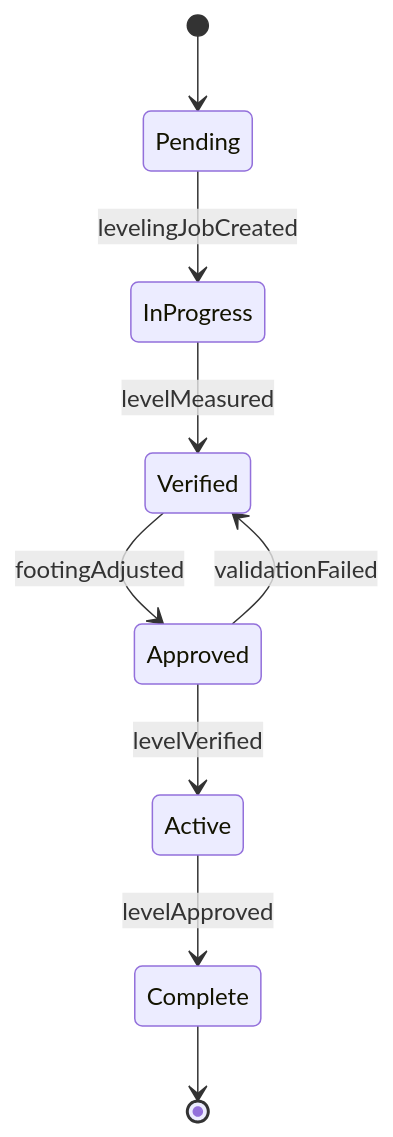
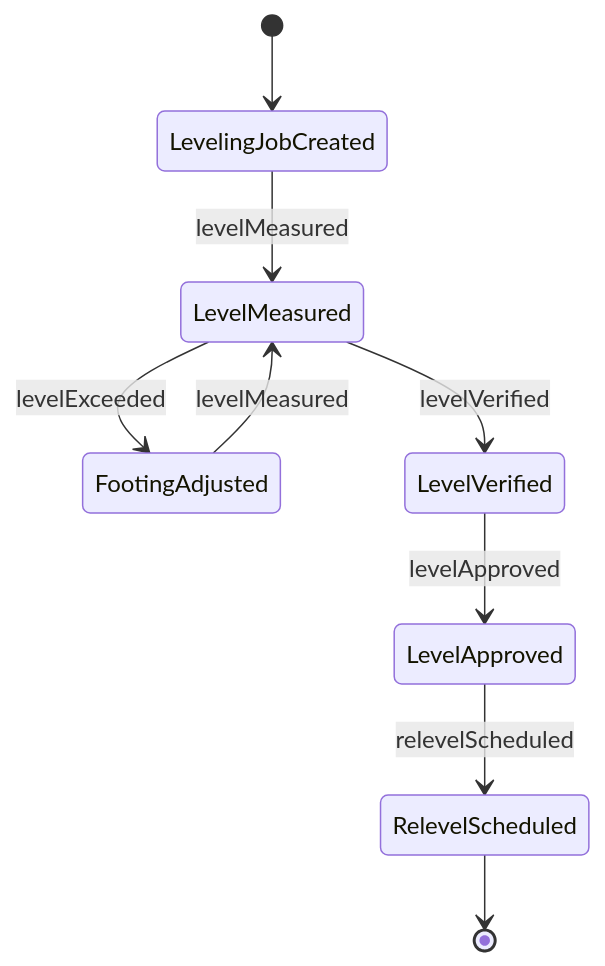
Before and after one commit to dot-org-ai/tasks.org.ai: the second of 4 diagrams in HandlingAndMovingObjects/PositionToolsOrEquipment/LevelMachinesEquipment.mdx, drawn with Mermaid. The commit also changed other lines of this file and 515 other files, not shown here.

````diff
--- a/HandlingAndMovingObjects/PositionToolsOrEquipment/LevelMachinesEquipment.mdx
+++ b/HandlingAndMovingObjects/PositionToolsOrEquipment/LevelMachinesEquipment.mdx
@@ -99,11 +99,11 @@
 ```mermaid
 stateDiagram-v2
-    [*] --> Pending
-    Pending --> InProgress : levelingJobCreated
-    InProgress --> Verified : levelMeasured
-    Verified --> Approved : footingAdjusted
-    Approved --> Active : levelVerified
-    Active --> Complete : levelApproved
-    Approved --> Verified : validationFailed
-    Complete --> [*]
+    [*] --> LevelingJobCreated
+    LevelingJobCreated --> LevelMeasured : levelMeasured
+    LevelMeasured --> FootingAdjusted : levelExceeded
+    FootingAdjusted --> LevelMeasured : levelMeasured
+    LevelMeasured --> LevelVerified : levelVerified
+    LevelVerified --> LevelApproved : levelApproved
+    LevelApproved --> RelevelScheduled : relevelScheduled
+    RelevelScheduled --> [*]
 ```
````
